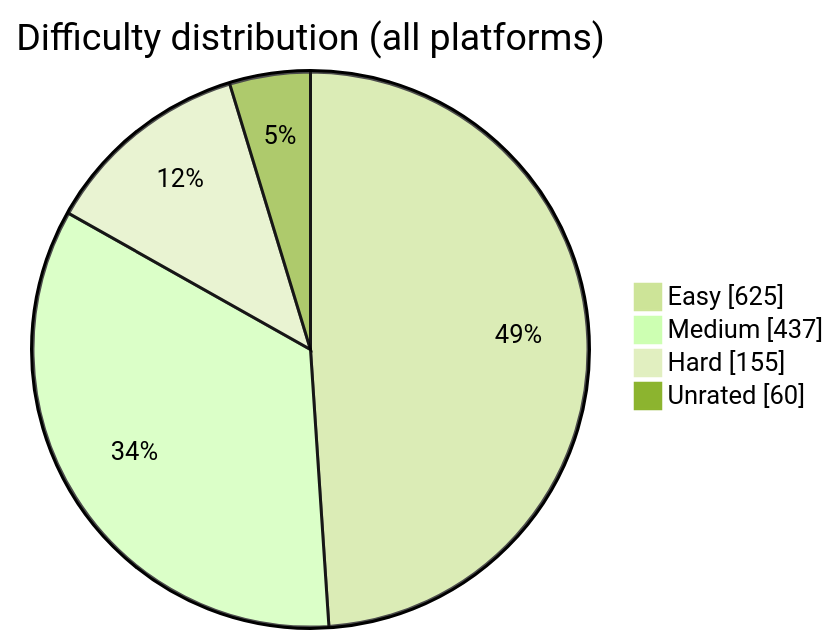
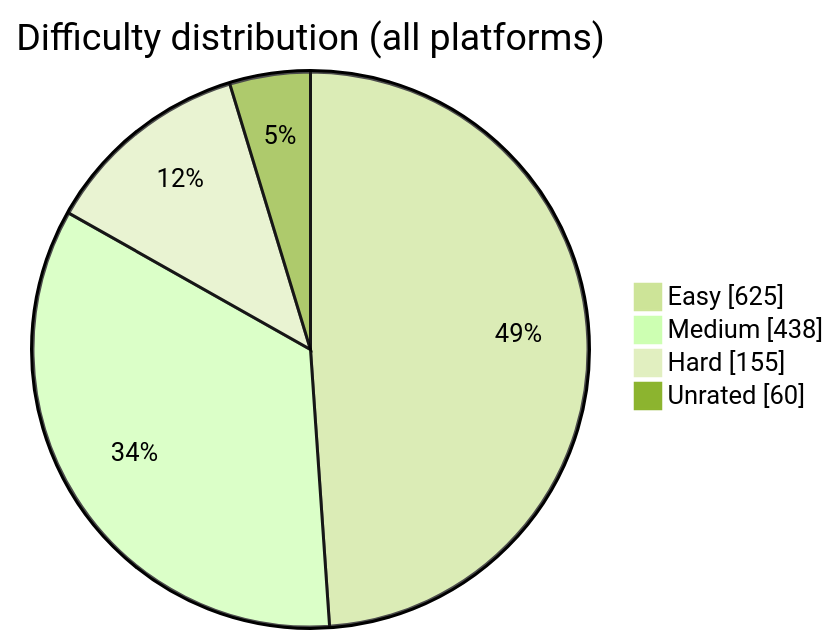
One commit to BuildbyArindam/Daily-Coding-Log changed the diagram in README.md. Above: the diagram before and after it, drawn with Mermaid (forest theme). The commit also changed other lines of this file, not shown here.

````diff
--- a/README.md
+++ b/README.md
@@ -93,7 +93,7 @@
 ```mermaid
 pie showData title Difficulty distribution (all platforms)
     "Easy" : 625
-    "Medium" : 437
+    "Medium" : 438
     "Hard" : 155
     "Unrated" : 60
 ```
````
